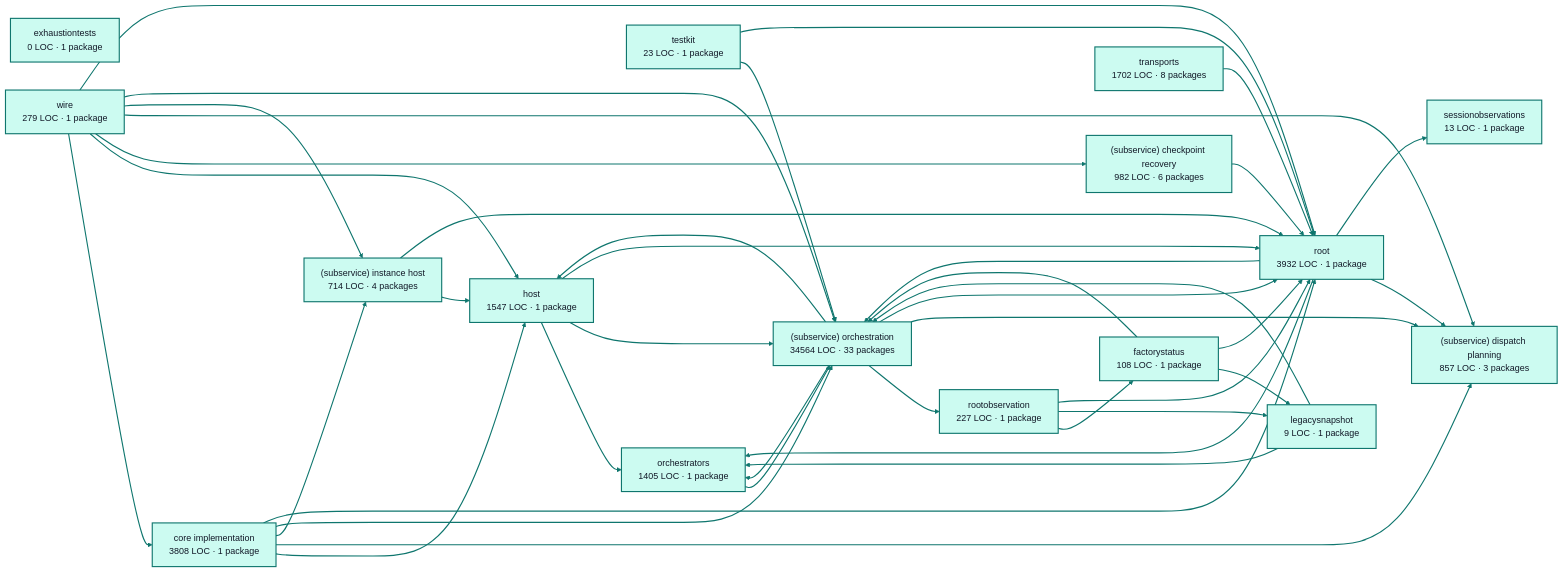
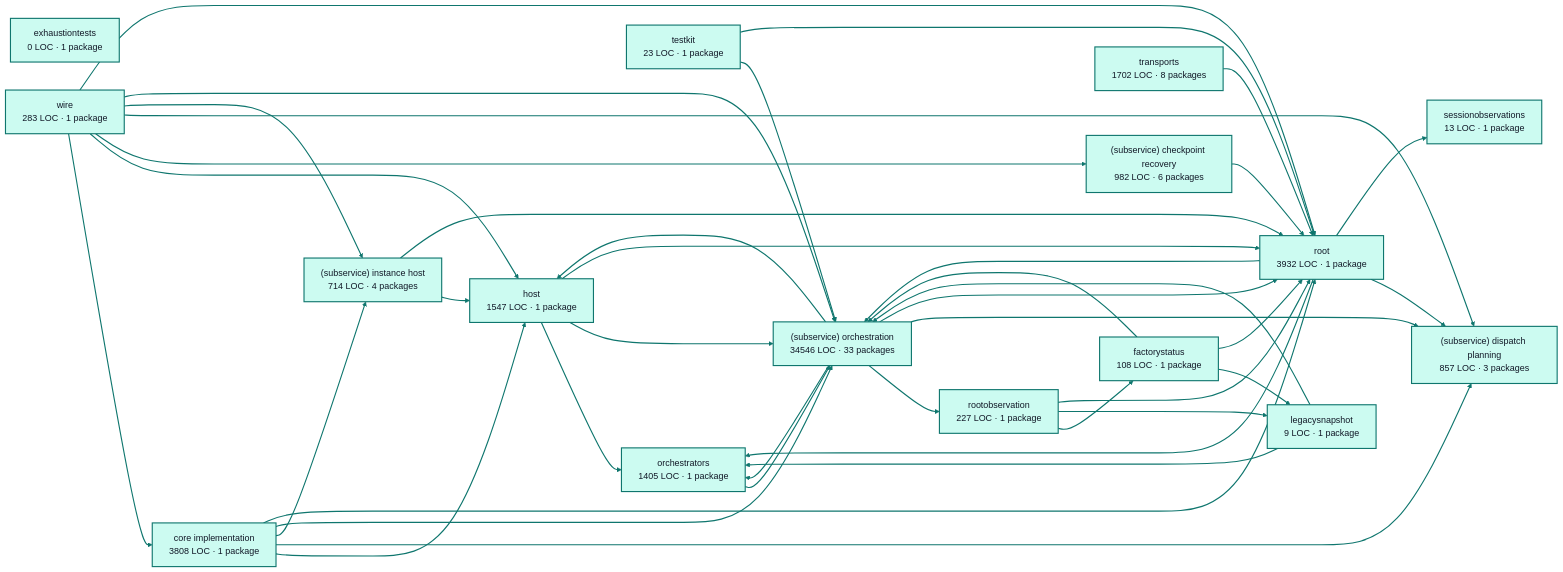
Before and after one commit to portpowered/you-agent-factory: the diagram in docs/architecture/visualizations/services/factory_runtime.md, drawn with Mermaid. The commit also changed other lines of this file and 20 other files, not shown here.

Commit message:
docs: refresh backend architecture visualizations

````diff
--- a/docs/architecture/visualizations/services/factory_runtime.md
+++ b/docs/architecture/visualizations/services/factory_runtime.md
@@ -11,75 +11,75 @@
 ```mermaid
 flowchart LR
   p0["core implementation<br/>3808 LOC · 1 package"]
   p1["exhaustiontests<br/>0 LOC · 1 package"]
   p2["factorystatus<br/>108 LOC · 1 package"]
   p3["host<br/>1547 LOC · 1 package"]
   p4["legacysnapshot<br/>9 LOC · 1 package"]
   p5["orchestrators<br/>1405 LOC · 1 package"]
   p6["rootobservation<br/>227 LOC · 1 package"]
   p7["(subservice) checkpoint recovery<br/>982 LOC · 6 packages"]
   p8["(subservice) dispatch planning<br/>857 LOC · 3 packages"]
   p9["(subservice) instance host<br/>714 LOC · 4 packages"]
-  p10["(subservice) orchestration<br/>34564 LOC · 33 packages"]
+  p10["(subservice) orchestration<br/>34546 LOC · 33 packages"]
   p11["sessionobservations<br/>13 LOC · 1 package"]
   p12["testkit<br/>23 LOC · 1 package"]
   p13["root<br/>3932 LOC · 1 package"]
   p14["transports<br/>1702 LOC · 8 packages"]
-  p15["wire<br/>279 LOC · 1 package"]
+  p15["wire<br/>283 LOC · 1 package"]
   p0 --> p3
   p0 --> p8
   p0 --> p9
   p0 --> p10
   p0 --> p13
   p2 --> p4
   p2 --> p10
   p2 --> p13
   p3 --> p5
   p3 --> p10
   p3 --> p13
   p4 --> p5
   p4 --> p10
   p5 --> p10
   p6 --> p2
   p6 --> p4
   p6 --> p13
   p7 --> p13
   p9 --> p3
   p9 --> p13
   p10 --> p3
   p10 --> p5
   p10 --> p6
   p10 --> p8
   p10 --> p13
   p12 --> p10
   p12 --> p13
   p13 --> p5
   p13 --> p8
   p13 --> p10
   p13 --> p11
   p14 --> p13
   p15 --> p0
   p15 --> p3
   p15 --> p7
   p15 --> p8
   p15 --> p9
   p15 --> p10
   p15 --> p13
   style p0 fill:#ccfbf1,stroke:#0f766e,stroke-width:2px,color:#111827
   style p1 fill:#ccfbf1,stroke:#0f766e,stroke-width:2px,color:#111827
   style p2 fill:#ccfbf1,stroke:#0f766e,stroke-width:2px,color:#111827
   style p3 fill:#ccfbf1,stroke:#0f766e,stroke-width:2px,color:#111827
   style p4 fill:#ccfbf1,stroke:#0f766e,stroke-width:2px,color:#111827
   style p5 fill:#ccfbf1,stroke:#0f766e,stroke-width:2px,color:#111827
   style p6 fill:#ccfbf1,stroke:#0f766e,stroke-width:2px,color:#111827
   style p7 fill:#ccfbf1,stroke:#0f766e,stroke-width:2px,color:#111827
   style p8 fill:#ccfbf1,stroke:#0f766e,stroke-width:2px,color:#111827
   style p9 fill:#ccfbf1,stroke:#0f766e,stroke-width:2px,color:#111827
   style p10 fill:#ccfbf1,stroke:#0f766e,stroke-width:2px,color:#111827
   style p11 fill:#ccfbf1,stroke:#0f766e,stroke-width:2px,color:#111827
   style p12 fill:#ccfbf1,stroke:#0f766e,stroke-width:2px,color:#111827
   style p13 fill:#ccfbf1,stroke:#0f766e,stroke-width:2px,color:#111827
   style p14 fill:#ccfbf1,stroke:#0f766e,stroke-width:2px,color:#111827
   style p15 fill:#ccfbf1,stroke:#0f766e,stroke-width:2px,color:#111827
   linkStyle default stroke:#0f766e,stroke-width:2px
 ```
````
